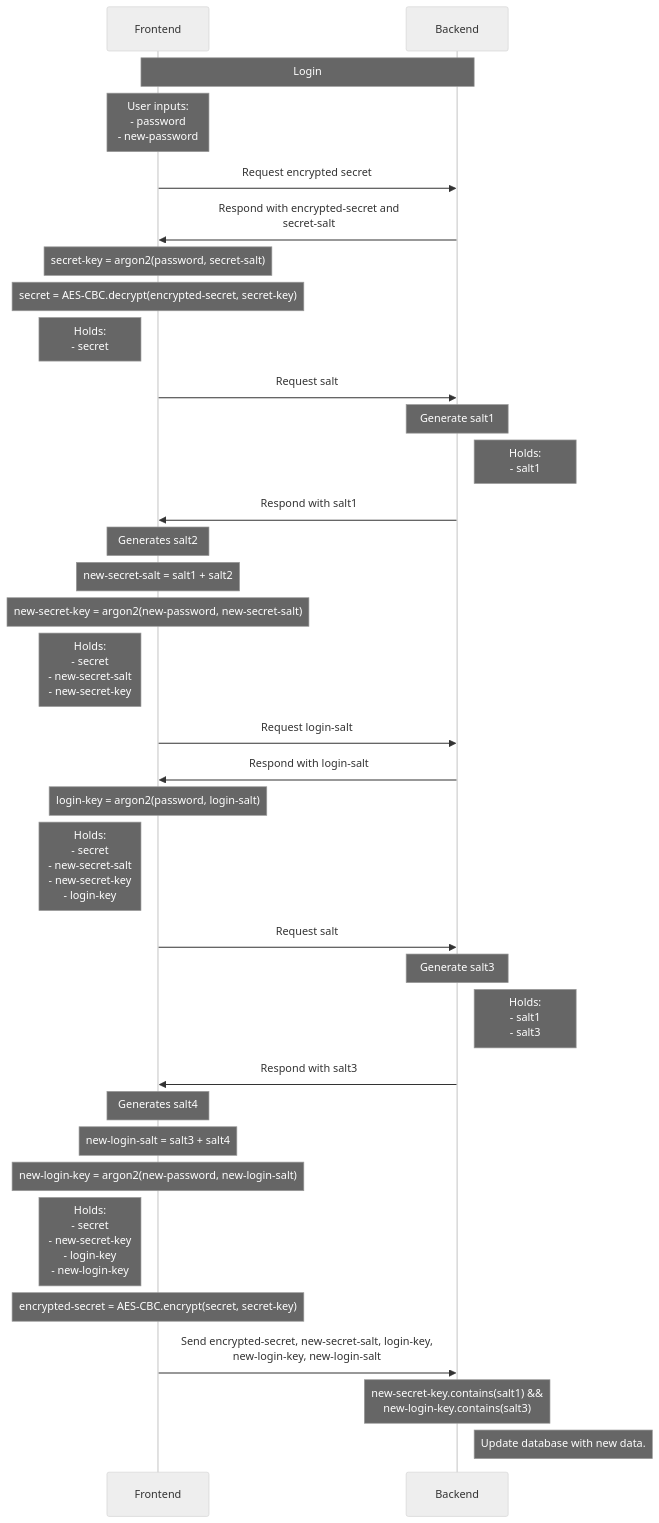
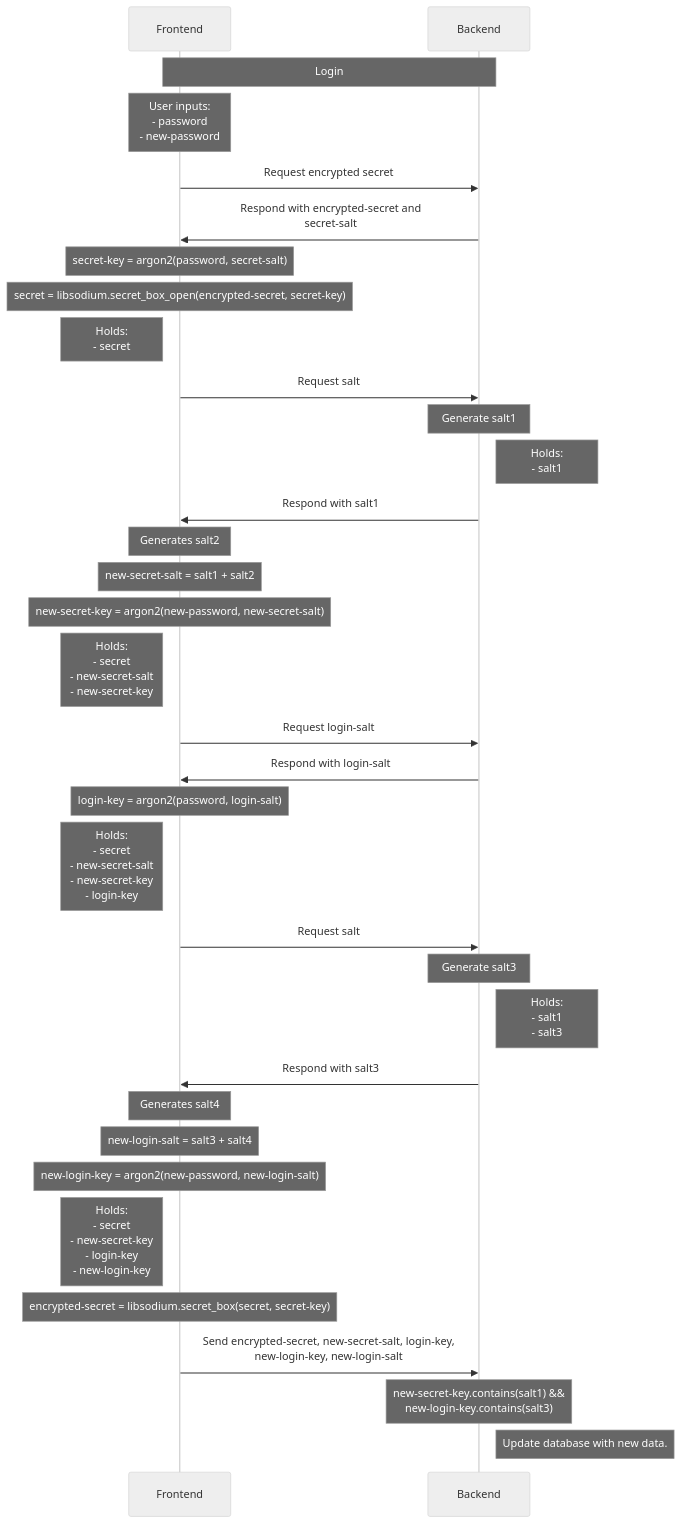
The ninth of 10 diagrams in sequence.md (Tinkerforge/esp32-remote-access), drawn with Mermaid (neutral theme) before and after one commit. The commit also changed other lines of this file, not shown here.

Commit message:
update sequence.md to libsodium usage.

````diff
--- a/sequence.md
+++ b/sequence.md
@@ -193,47 +193,47 @@
 ```mermaid
 sequenceDiagram
     Note over Frontend, Backend: Login
     Note over Frontend: User inputs: <br> - password <br> - new-password
 
     Frontend->>Backend: Request encrypted secret
     Backend->>Frontend: Respond with encrypted-secret and <br> secret-salt
 
     Note over Frontend: secret-key = argon2(password, secret-salt)
-    Note over Frontend: secret = AES-CBC.decrypt(encrypted-secret, secret-key)
+    Note over Frontend: secret = libsodium.secret_box_open(encrypted-secret, secret-key)
 
     Note left of Frontend: Holds: <br> - secret
 
     Frontend->>Backend: Request salt
     Note over Backend: Generate salt1
     Note right of Backend: Holds: <br> - salt1
     Backend->>Frontend: Respond with salt1
 
     Note over Frontend: Generates salt2
     Note over Frontend: new-secret-salt = salt1 + salt2
     Note over Frontend: new-secret-key = argon2(new-password, new-secret-salt)
     Note left of Frontend: Holds: <br> - secret <br> - new-secret-salt <br> - new-secret-key
 
     Frontend->>Backend: Request login-salt
     Backend->>Frontend: Respond with login-salt
     Note over Frontend: login-key = argon2(password, login-salt)
 
     Note left of Frontend: Holds: <br> - secret <br> - new-secret-salt <br> - new-secret-key <br> - login-key
 
     Frontend->>Backend: Request salt
     Note over Backend: Generate salt3
     Note right of Backend: Holds: <br> - salt1 <br> - salt3
     Backend->>Frontend: Respond with salt3
 
     Note over Frontend: Generates salt4
     Note over Frontend: new-login-salt = salt3 + salt4
     Note over Frontend: new-login-key = argon2(new-password, new-login-salt)
 
     Note left of Frontend: Holds: <br> - secret <br> - new-secret-key <br> - login-key <br> - new-login-key
 
-    Note over Frontend: encrypted-secret = AES-CBC.encrypt(secret, secret-key)
+    Note over Frontend: encrypted-secret = libsodium.secret_box(secret, secret-key)
 
     Frontend->>Backend: Send encrypted-secret, new-secret-salt, login-key, <br> new-login-key, new-login-salt
 
     Note over Backend: new-secret-key.contains(salt1) && <br> new-login-key.contains(salt3)
     Note right of Backend: Update database with new data.
 ```
````
